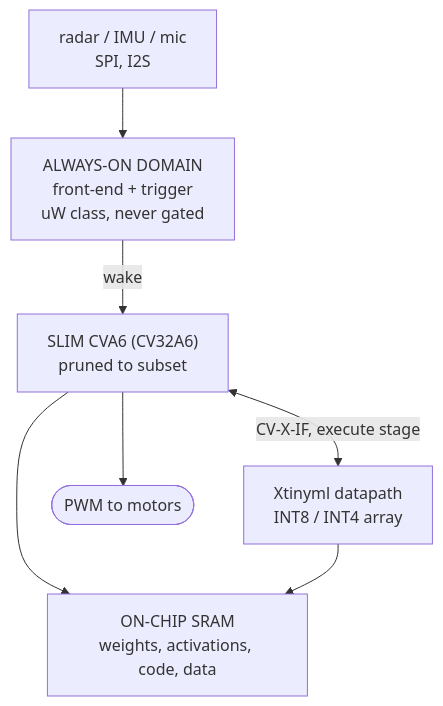
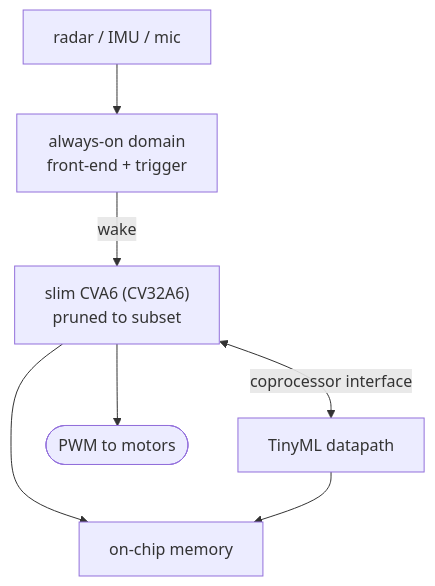
Before and after one commit to tanveerhasan-dsi/slim-cva6-edgeai-soc: the diagram in docs/02-application-requirements.md, drawn with Mermaid. The commit also changed other lines of this file and 19 other files, not shown here.

````diff
--- a/docs/02-application-requirements.md
+++ b/docs/02-application-requirements.md
@@ -219,16 +174,16 @@
 ```mermaid
 flowchart TD
-    SENS["radar / IMU / mic<br/>SPI, I2S"]
-    AO["ALWAYS-ON DOMAIN<br/>front-end + trigger<br/>uW class, never gated"]
-    CORE["SLIM CVA6 (CV32A6)<br/>pruned to subset"]
-    ML["Xtinyml datapath<br/>INT8 / INT4 array"]
-    MEM["ON-CHIP SRAM<br/>weights, activations, code, data"]
+    SENS["radar / IMU / mic"]
+    AO["always-on domain<br/>front-end + trigger"]
+    CORE["slim CVA6 (CV32A6)<br/>pruned to subset"]
+    ML["TinyML datapath"]
+    MEM["on-chip memory"]
     PWM(["PWM to motors"])
 
     SENS --> AO
     AO -->|wake| CORE
-    CORE <-->|"CV-X-IF, execute stage"| ML
+    CORE <-->|coprocessor interface| ML
     CORE --> MEM
     ML --> MEM
     CORE --> PWM
 ```
````
